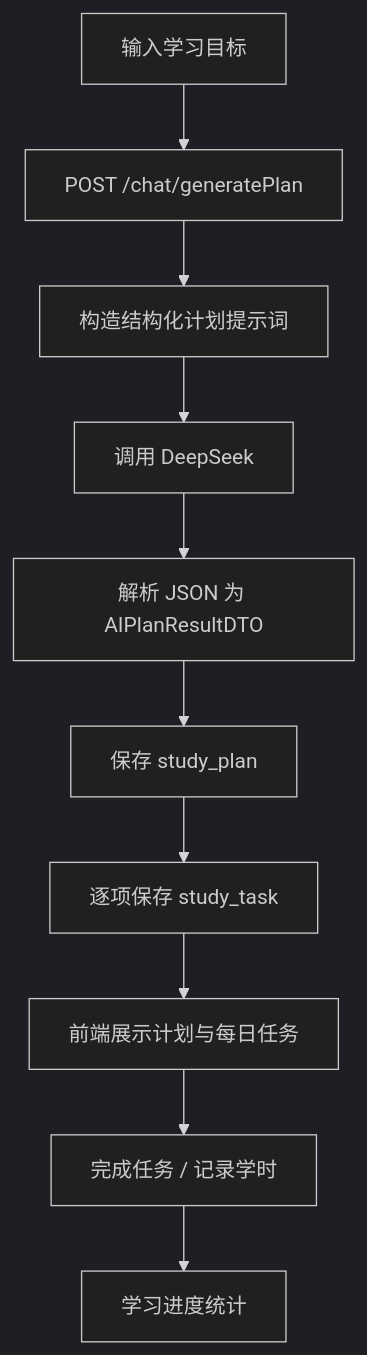
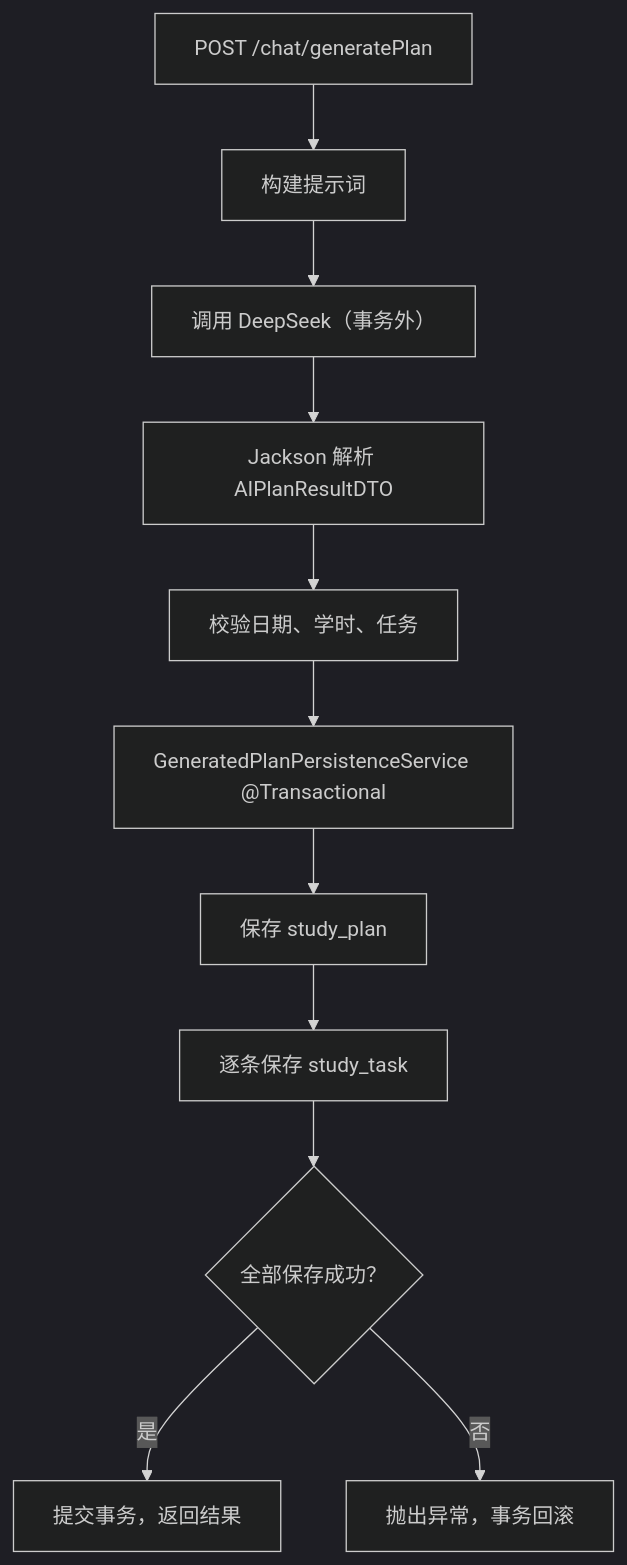
The third of 4 diagrams in README.md (211irving123456-del/AI-Study-Assistant), drawn with Mermaid (dark theme) before and after one commit. The commit also changed other lines of this file, not shown here.

Commit message:
docs: rewrite README for verified AI Study Assistant features and setup

````diff
--- a/README.md
+++ b/README.md
@@ -59,12 +107,13 @@
-~~~mermaid
+```mermaid
 flowchart TD
-    A["输入学习目标"] --> B["POST /chat/generatePlan"]
-    B --> C["构造结构化计划提示词"]
-    C --> D["调用 DeepSeek"]
-    D --> E["解析 JSON 为 AIPlanResultDTO"]
-    E --> F["保存 study_plan"]
-    F --> G["逐项保存 study_task"]
-    G --> H["前端展示计划与每日任务"]
-    H --> I["完成任务 / 记录学时"]
-    I --> J["学习进度统计"]
-~~~
+    A["POST /chat/generatePlan"] --> B["构建提示词"]
+    B --> C["调用 DeepSeek（事务外）"]
+    C --> D["Jackson 解析 AIPlanResultDTO"]
+    D --> E["校验日期、学时、任务"]
+    E --> T["GeneratedPlanPersistenceService @Transactional"]
+    T --> P["保存 study_plan"]
+    P --> Q["逐条保存 study_task"]
+    Q --> R{"全部保存成功？"}
+    R -->|是| OK["提交事务，返回结果"]
+    R -->|否| RB["抛出异常，事务回滚"]
+```
````
